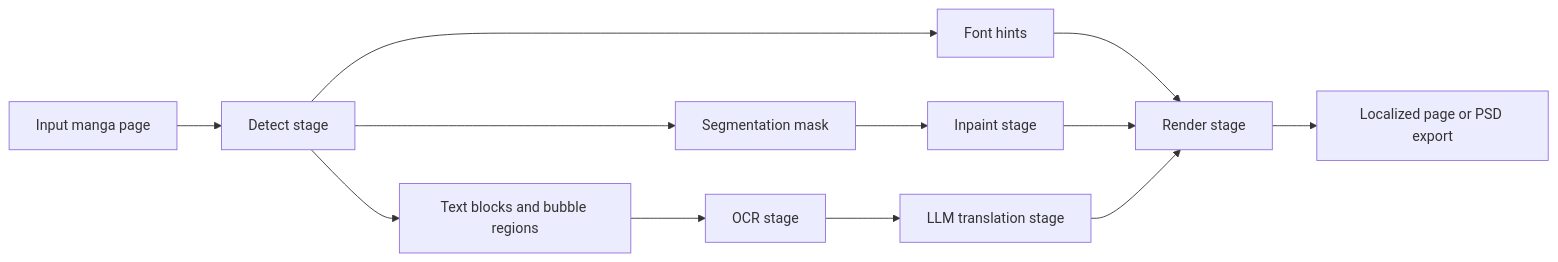
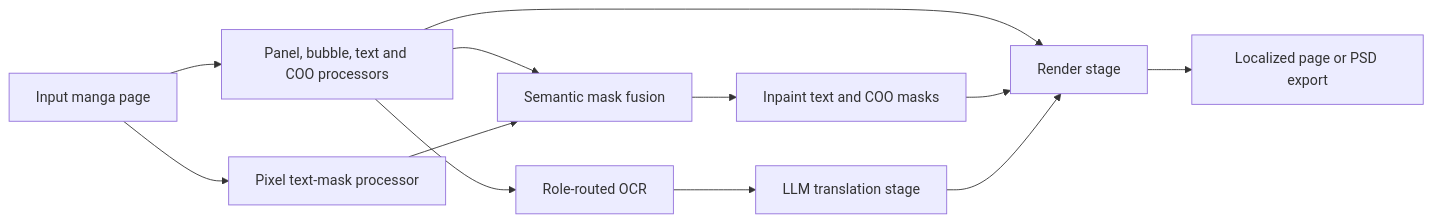
One commit to mayocream/koharu changed the diagram in docs/en-US/explanation/how-koharu-works.md. Above: the diagram before and after it, drawn with Mermaid. The commit also changed other lines of this file and 210 other files, not shown here.

````diff
--- a/docs/en-US/explanation/how-koharu-works.md
+++ b/docs/en-US/explanation/how-koharu-works.md
@@ -11,14 +11,14 @@
 ```mermaid
 flowchart LR
-    A[Input manga page] --> B[Detect stage]
-    B --> B1[Text blocks and bubble regions]
-    B --> B2[Segmentation mask]
-    B --> B3[Font hints]
-    B1 --> C[OCR stage]
-    B2 --> D[Inpaint stage]
+    A[Input manga page] --> B1[Panel, bubble, text and COO processors]
+    A --> B2[Pixel text-mask processor]
+    B1 --> B3[Semantic mask fusion]
+    B2 --> B3
+    B1 --> C[Role-routed OCR]
+    B3 --> D[Inpaint text and COO masks]
     C --> E[LLM translation stage]
-    B3 --> F
+    B1 --> F
     D --> F[Render stage]
     E --> F
     F --> G[Localized page or PSD export]
 ```
````
